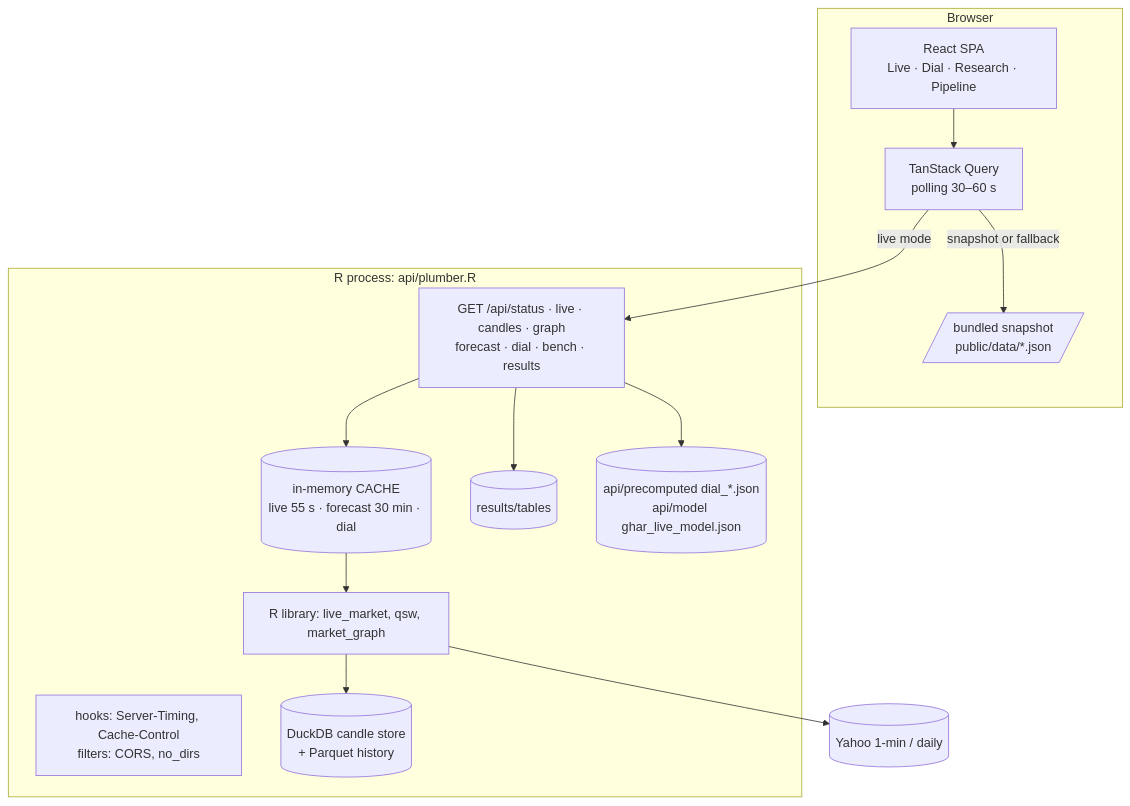
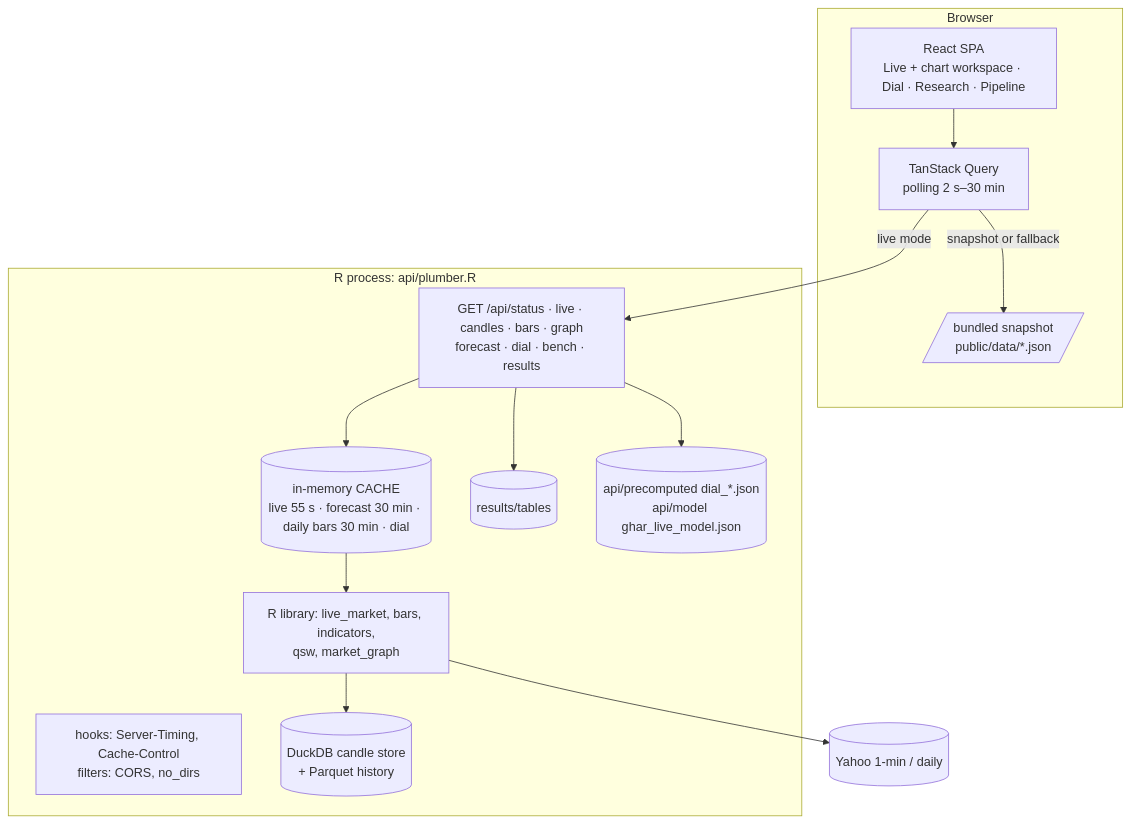
The fifth of 6 diagrams in docs/architecture/ARCHITECTURE.md (Nabisahebshaik/Q-Stock), drawn with Mermaid before and after one commit. The commit also changed other lines of this file and 9 other files, not shown here.

First line of the commit message:
Cowork setup refresh: storage and chart skills, docs brought up to date

````diff
--- a/docs/architecture/ARCHITECTURE.md
+++ b/docs/architecture/ARCHITECTURE.md
@@ -158,23 +159,23 @@
 ```mermaid
 flowchart TB
   subgraph browser[Browser]
-    ui[React SPA<br/>Live · Dial · Research · Pipeline]
-    rq[TanStack Query<br/>polling 30–60 s]
+    ui[React SPA<br/>Live + chart workspace · Dial · Research · Pipeline]
+    rq[TanStack Query<br/>polling 2 s–30 min]
     snap[/bundled snapshot<br/>public/data/*.json/]
   end
   subgraph api[R process: api/plumber.R]
     hooks[hooks: Server-Timing, Cache-Control<br/>filters: CORS, no_dirs]
-    ep[GET /api/status · live · candles · graph<br/>forecast · dial · bench · results]
-    cache[(in-memory CACHE<br/>live 55 s · forecast 30 min · dial)]
-    core[R library: live_market, qsw, market_graph]
+    ep[GET /api/status · live · candles · bars · graph<br/>forecast · dial · bench · results]
+    cache[(in-memory CACHE<br/>live 55 s · forecast 30 min · daily bars 30 min · dial)]
+    core[R library: live_market, bars, indicators,<br/>qsw, market_graph]
     store[(DuckDB candle store<br/>+ Parquet history)]
     tables[(results/tables)]
     pre[(api/precomputed dial_*.json<br/>api/model ghar_live_model.json)]
   end
   yahoo[(Yahoo 1-min / daily)]
   ui --> rq -->|live mode| ep
   rq -->|snapshot or fallback| snap
   ep --> cache --> core --> yahoo
   core --> store
   ep --> tables & pre
 ```
````
